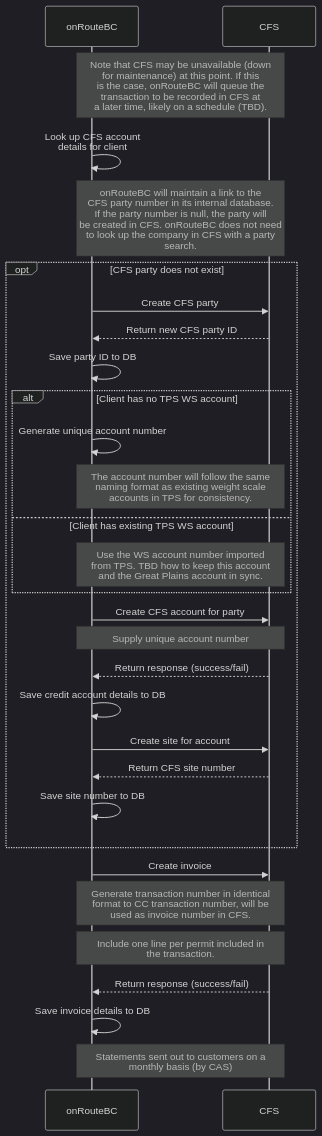
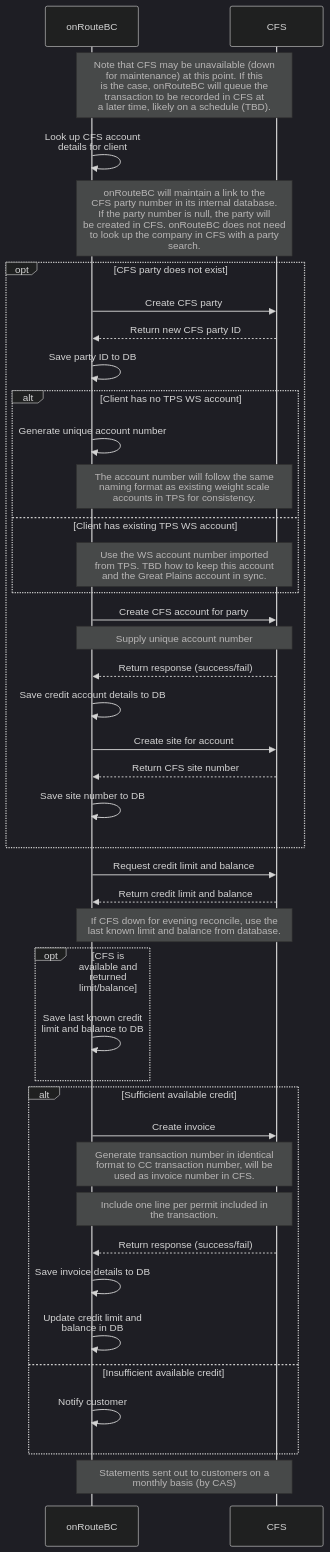
One commit to bcgov/onroutebc changed the diagram in common/payment/Credit Account CFS Sequence.md. Above: the diagram before and after it, drawn with Mermaid (dark theme).

Commit message:
Add balance check step to sequence

````diff
--- a/common/payment/Credit Account CFS Sequence.md
+++ b/common/payment/Credit Account CFS Sequence.md
@@ -5,32 +5,43 @@
 ```mermaid
 sequenceDiagram
     participant onRouteBC
     participant CFS
     note over onRouteBC,CFS: Note that CFS may be unavailable (down<br/>for maintenance) at this point. If this<br/>is the case, onRouteBC will queue the<br/>transaction to be recorded in CFS at<br/>a later time, likely on a schedule (TBD).
     onRouteBC->>onRouteBC: Look up CFS account<br/>details for client
     note over onRouteBC,CFS: onRouteBC will maintain a link to the <br/>CFS party number in its internal database.<br/>If the party number is null, the party will<br/>be created in CFS. onRouteBC does not need<br/>to look up the company in CFS with a party<br/>search.
     opt CFS party does not exist
         onRouteBC->>CFS: Create CFS party
         CFS-->>onRouteBC: Return new CFS party ID
         onRouteBC->>onRouteBC: Save party ID to DB
         alt Client has no TPS WS account
             onRouteBC->>onRouteBC: Generate unique account number
             note over onRouteBC,CFS: The account number will follow the same<br/>naming format as existing weight scale<br/>accounts in TPS for consistency.
         else Client has existing TPS WS account
             note over onRouteBC,CFS: Use the WS account number imported<br/>from TPS. TBD how to keep this account<br/>and the Great Plains account in sync.
         end
         onRouteBC->>CFS: Create CFS account for party
         note over onRouteBC,CFS: Supply unique account number
         CFS-->>onRouteBC: Return response (success/fail)
         onRouteBC->>onRouteBC: Save credit account details to DB
         onRouteBC->>CFS: Create site for account
         CFS-->>onRouteBC: Return CFS site number
         onRouteBC->>onRouteBC: Save site number to DB
     end
-    onRouteBC->>CFS: Create invoice
-    note over onRouteBC,CFS: Generate transaction number in identical<br/>format to CC transaction number, will be<br/>used as invoice number in CFS.
-    note over onRouteBC,CFS: Include one line per permit included in<br/>the transaction.
-    CFS-->>onRouteBC: Return response (success/fail)
-    onRouteBC->>onRouteBC: Save invoice details to DB
+    onRouteBC->>CFS: Request credit limit and balance
+    CFS-->>onRouteBC: Return credit limit and balance
+    note over onRouteBC,CFS: If CFS down for evening reconcile, use the<br/>last known limit and balance from database.
+    opt CFS is available and returned limit/balance
+        onRouteBC->>onRouteBC: Save last known credit<br/>limit and balance to DB
+    end
+    alt Sufficient available credit
+        onRouteBC->>CFS: Create invoice
+        note over onRouteBC,CFS: Generate transaction number in identical<br/>format to CC transaction number, will be<br/>used as invoice number in CFS.
+        note over onRouteBC,CFS: Include one line per permit included in<br/>the transaction.
+        CFS-->>onRouteBC: Return response (success/fail)
+        onRouteBC->>onRouteBC: Save invoice details to DB
+        onRouteBC->>onRouteBC: Update credit limit and<br/>balance in DB
+    else Insufficient available credit
+        onRouteBC->>onRouteBC: Notify customer
+    end
     note over onRouteBC,CFS: Statements sent out to customers on a<br/>monthly basis (by CAS)
 ```
````
